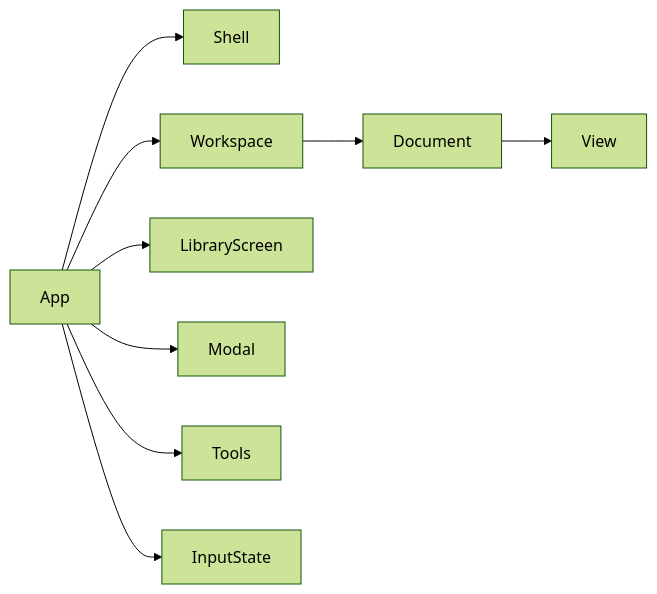
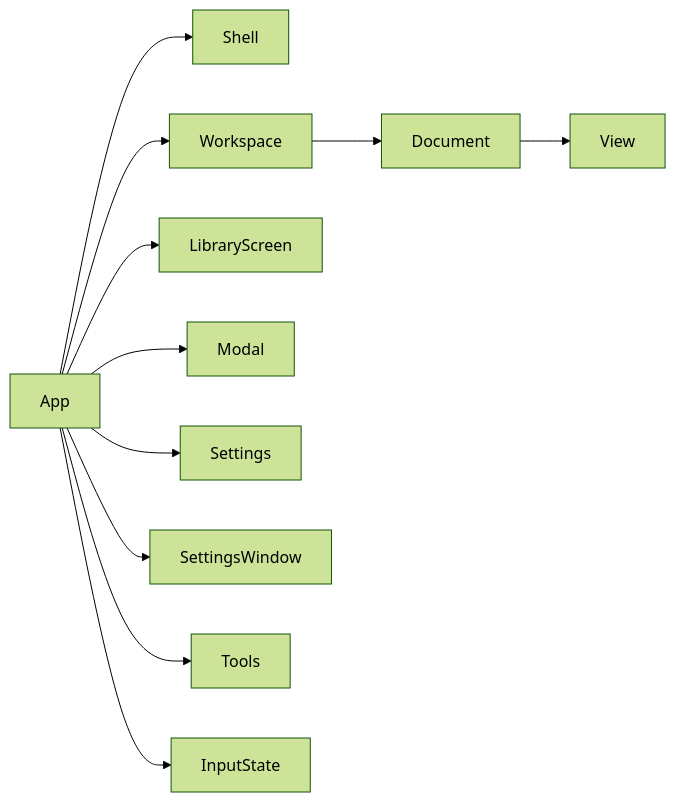
Before and after one commit to hlophlopgaming/mothRef: the diagram in docs/ARCHITECTURE.md, drawn with Mermaid (forest theme). The commit also changed other lines of this file and 28 other files, not shown here.

Commit message:
refactor(ui): build surfaces from actions and settings schema

````diff
--- a/docs/ARCHITECTURE.md
+++ b/docs/ARCHITECTURE.md
@@ -211,11 +211,13 @@
 ```mermaid
 flowchart LR
     App --> Shell
     App --> Workspace
     App --> LibraryScreen
     App --> Modal
+    App --> Settings
+    App --> SettingsWindow
     App --> Tools
     App --> InputState
     Workspace --> Document
     Document --> View
 ```
````
